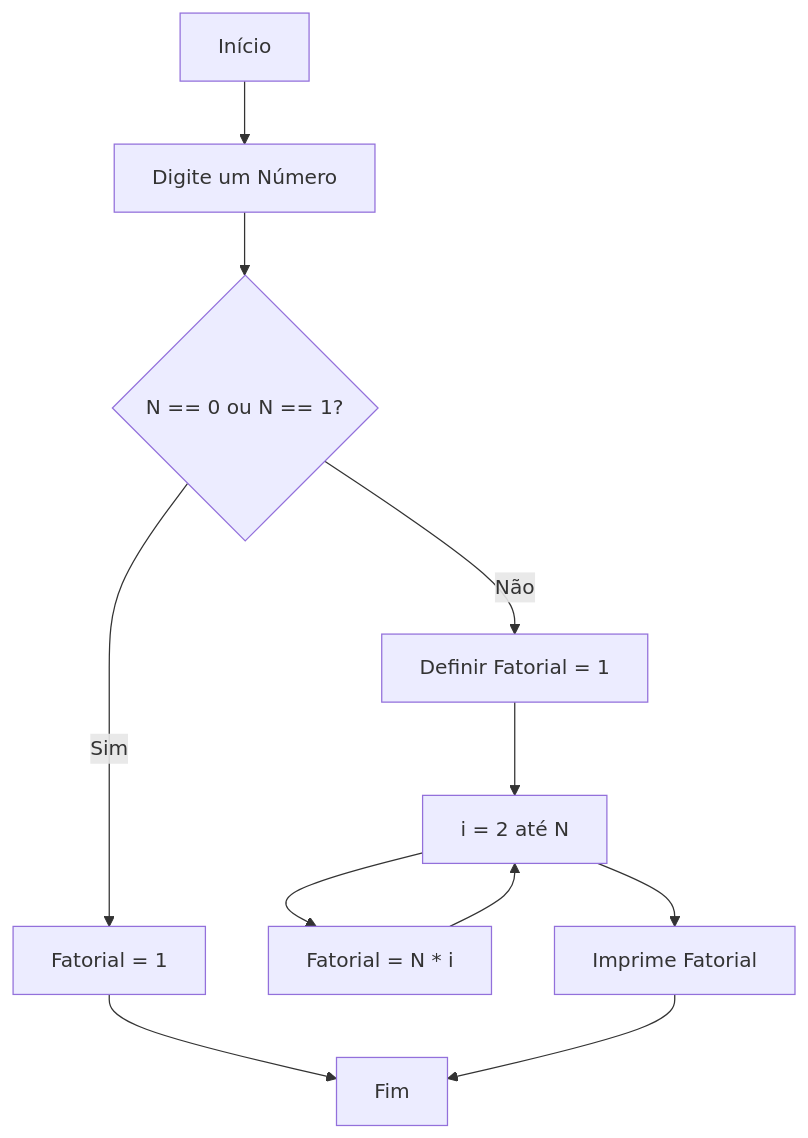
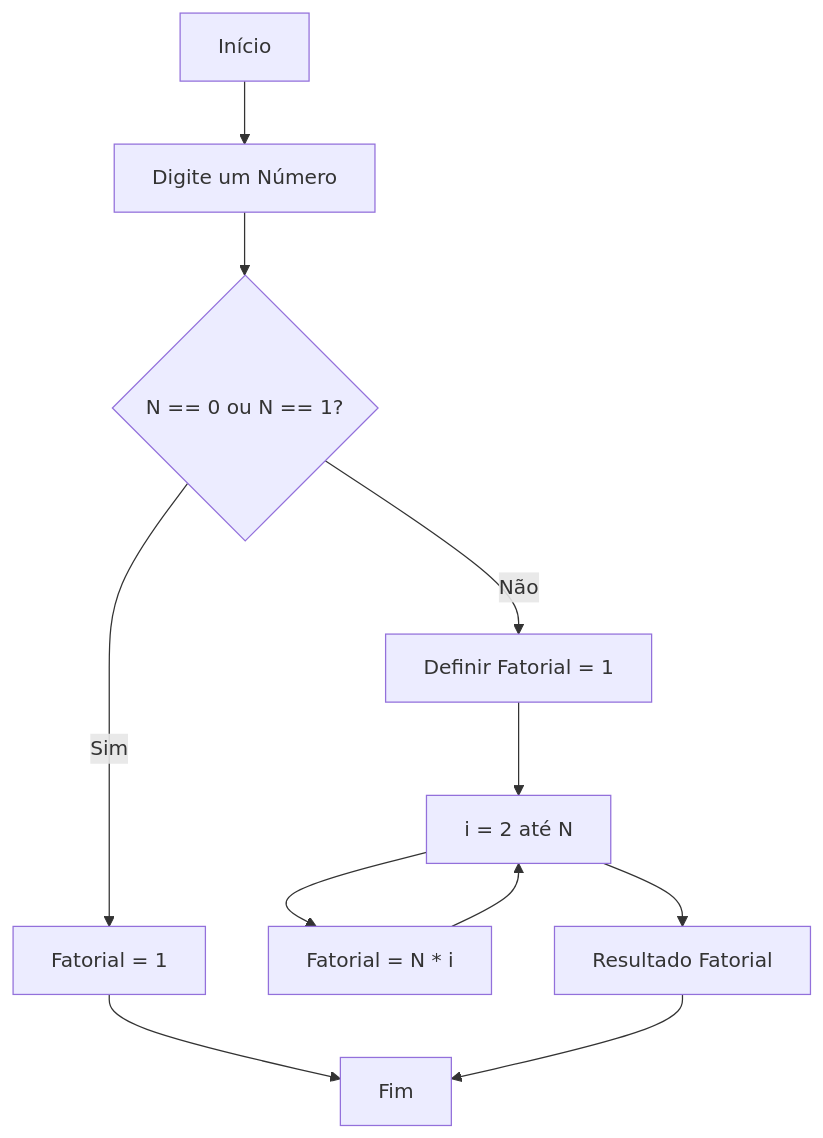
One commit to CecsG/ListaExerciciosCecilia changed the eighth of 10 diagrams in LP/Listas de Exercícios/LP_Lista_01/README.md. Above: the diagram before and after it, drawn with Mermaid. The commit also changed other lines of this file, not shown here.

````diff
--- a/LP/Listas de Exercícios/LP_Lista_01/README.md
+++ b/LP/Listas de Exercícios/LP_Lista_01/README.md
@@ -124,12 +124,12 @@
    ```mermaid
    flowchart TD
     A[Início] --> B[Digite um Número]
     B --> C{N == 0 ou N == 1?}
     C -- Sim --> D[ Fatorial = 1] --> finish[Fim]
     C -- Não --> F[Definir Fatorial = 1]
     F --> G[i = 2 até N]
     G --> H[Fatorial = N * i]
     H --> G
-    G --> I[Imprime Fatorial]
+    G --> I[Resultado Fatorial]
     I --> finish
    ```
````
